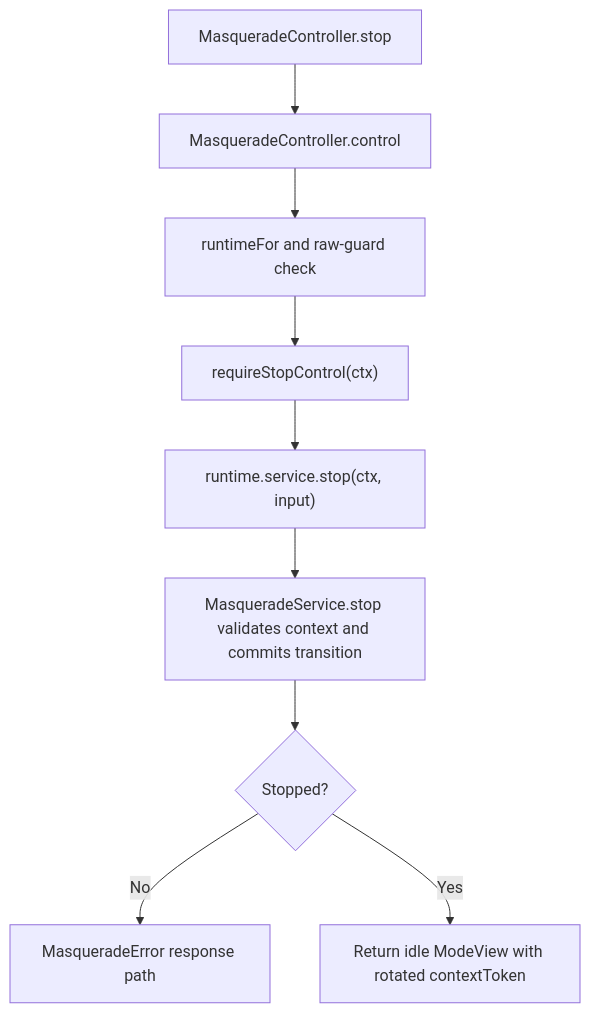
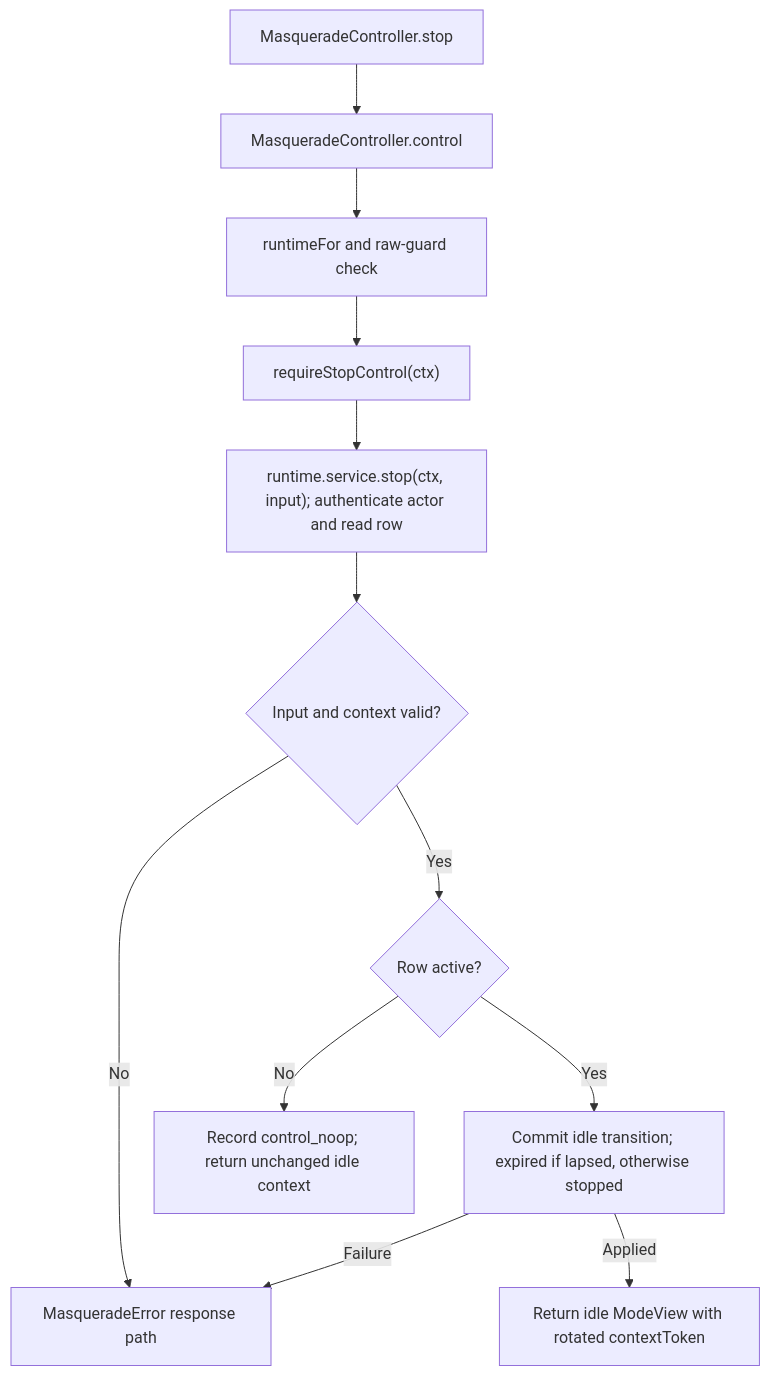
One commit to Kevinjohn/oss-adonisjs-masquerade changed the second of 2 diagrams in user-stories/start-stop-mode/us-actor-04-stop-mode.md. Above: the diagram before and after it, drawn with Mermaid. The commit also changed other lines of this file and 26 other files, not shown here.

````diff
--- a/user-stories/start-stop-mode/us-actor-04-stop-mode.md
+++ b/user-stories/start-stop-mode/us-actor-04-stop-mode.md
@@ -39,11 +41,14 @@
 ```mermaid
 flowchart TD
     A["MasqueradeController.stop"] --> B["MasqueradeController.control"]
     B --> C["runtimeFor and raw-guard check"]
     C --> D["requireStopControl(ctx)"]
-    D --> E["runtime.service.stop(ctx, input)"]
-    E --> F["MasqueradeService.stop validates context and commits transition"]
-    F --> G{"Stopped?"}
-    G -->|No| H["MasqueradeError response path"]
-    G -->|Yes| I["Return idle ModeView with rotated contextToken"]
+    D --> E["runtime.service.stop(ctx, input); authenticate actor and read row"]
+    E --> F{"Input and context valid?"}
+    F -->|No| H["MasqueradeError response path"]
+    F -->|Yes| Q{"Row active?"}
+    Q -->|No| K["Record control_noop; return unchanged idle context"]
+    Q -->|Yes| G["Commit idle transition; expired if lapsed, otherwise stopped"]
+    G -->|Failure| H
+    G -->|Applied| I["Return idle ModeView with rotated contextToken"]
 ```
````
